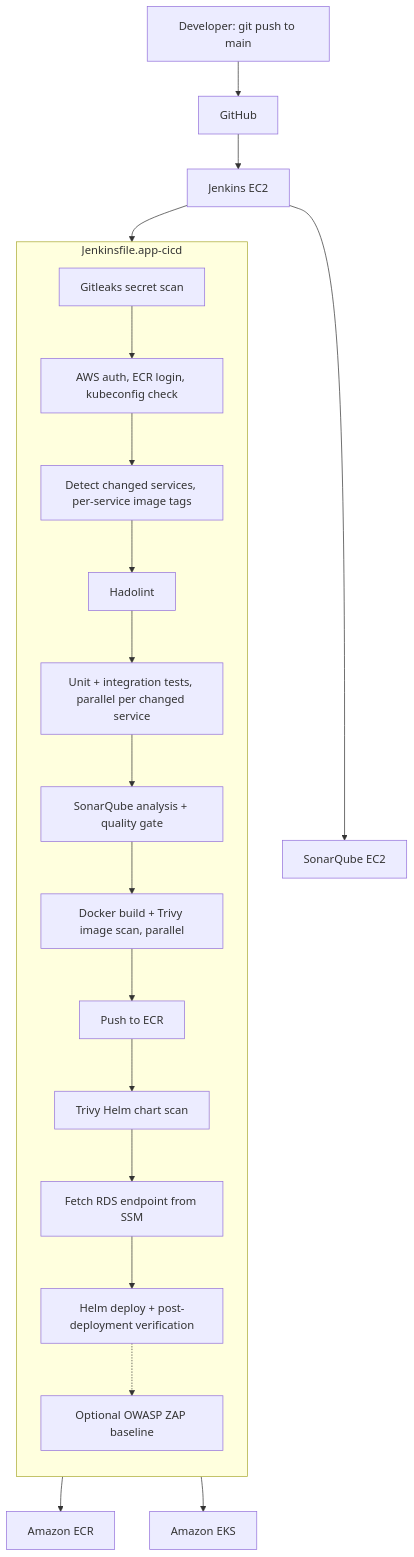
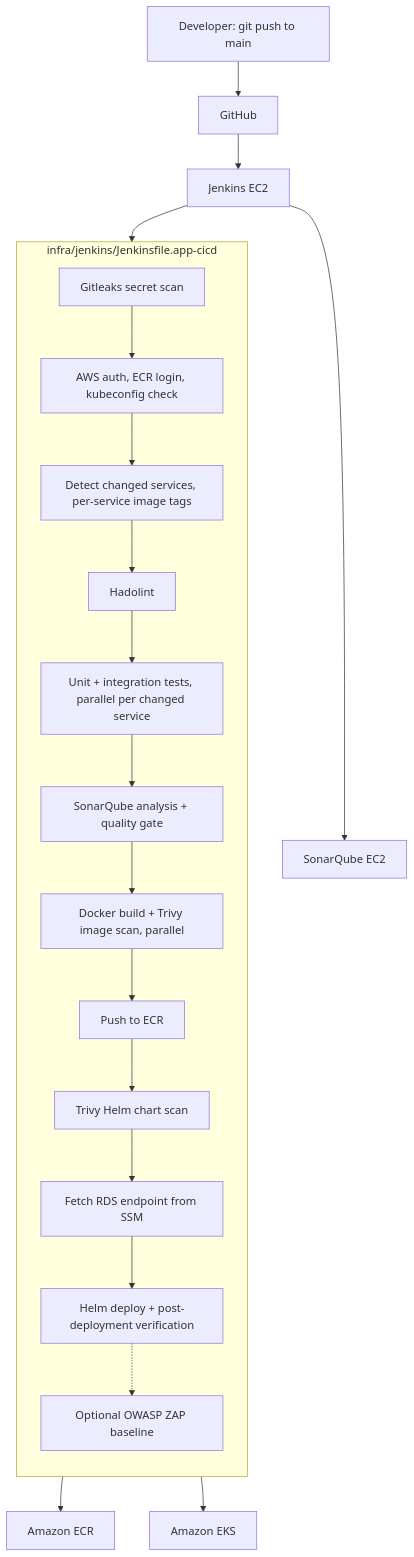
Before and after one commit to imshubhamkaushik/aws-cicd-devsecops: the first of 2 diagrams in README.md, drawn with Mermaid. The commit also changed other lines of this file and 469 other files, not shown here.

````diff
--- a/README.md
+++ b/README.md
@@ -76,27 +104,27 @@
 ```mermaid
 flowchart TD
     Dev[Developer: git push to main] --> GitHub[GitHub]
     GitHub --> Jenkins[Jenkins EC2]
 
-    subgraph CI["Jenkinsfile.app-cicd"]
+    subgraph CI["infra/jenkins/Jenkinsfile.app-cicd"]
         direction TB
         S1[Gitleaks secret scan]
         S2[AWS auth, ECR login, kubeconfig check]
         S3[Detect changed services, per-service image tags]
         S4[Hadolint]
         S5[Unit + integration tests, parallel per changed service]
         S6[SonarQube analysis + quality gate]
         S7[Docker build + Trivy image scan, parallel]
         S8[Push to ECR]
         S9[Trivy Helm chart scan]
         S10[Fetch RDS endpoint from SSM]
         S11[Helm deploy + post-deployment verification]
         S12[Optional OWASP ZAP baseline]
         S1 --> S2 --> S3 --> S4 --> S5 --> S6 --> S7 --> S8 --> S9 --> S10 --> S11 -.-> S12
     end
 
     Jenkins --> CI
     Jenkins --> Sonar[SonarQube EC2]
     S8 --> ECR[Amazon ECR]
     S11 --> EKS[Amazon EKS]
 ```
````
